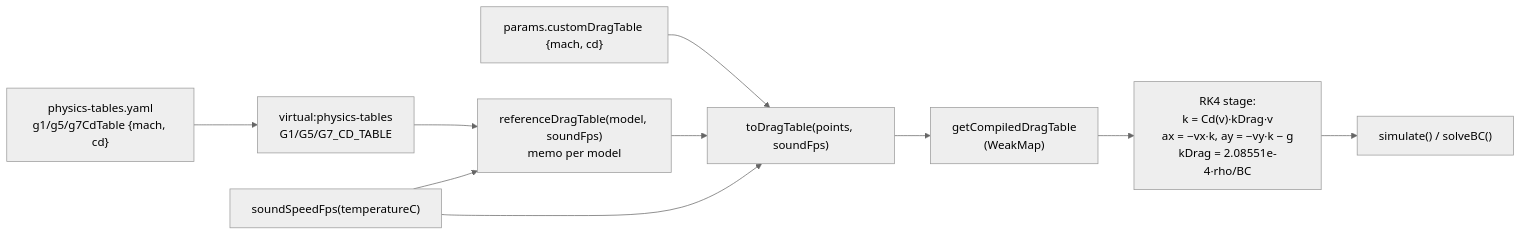
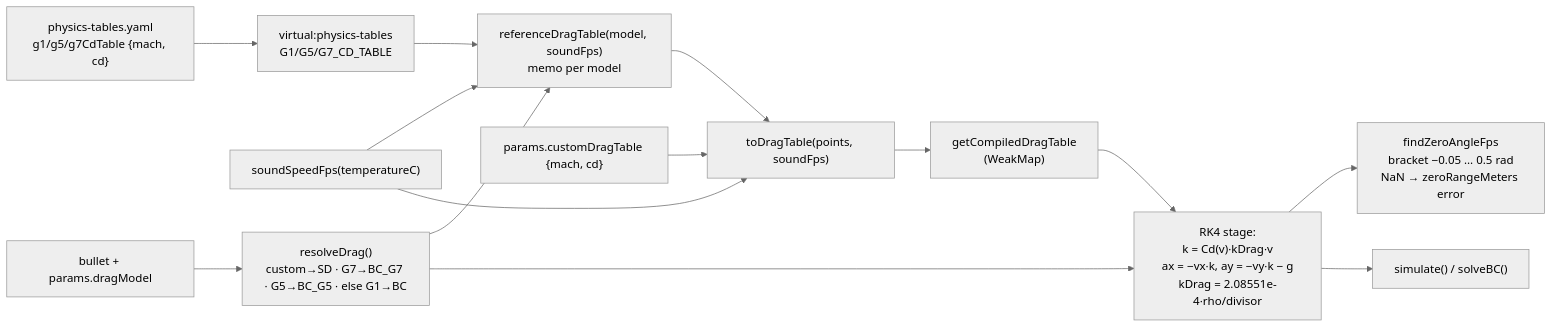
One commit to dirkharrington/ballistics changed the diagram in contracts/engine-drag-calibration.md. Above: the diagram before and after it, drawn with Mermaid (neutral theme). The commit also changed other lines of this file and 3 other files, not shown here.

````diff
--- a/contracts/engine-drag-calibration.md
+++ b/contracts/engine-drag-calibration.md
@@ -211,12 +310,16 @@
 ```mermaid
 flowchart LR
   Y["physics-tables.yaml<br/>g1/g5/g7CdTable {mach, cd}"] --> V["virtual:physics-tables<br/>G1/G5/G7_CD_TABLE"]
   V --> R["referenceDragTable(model, soundFps)<br/>memo per model"]
   C["params.customDragTable {mach, cd}"] --> T["toDragTable(points, soundFps)"]
   R --> T
   S["soundSpeedFps(temperatureC)"] --> R
   S --> T
   T --> K["getCompiledDragTable<br/>(WeakMap)"]
-  K --> RK4["RK4 stage:<br/>k = Cd(v)·kDrag·v<br/>ax = −vx·k, ay = −vy·k − g<br/>kDrag = 2.08551e-4·rho/BC"]
+  B["bullet + params.dragModel"] --> RD["resolveDrag()<br/>custom→SD · G7→BC_G7 · G5→BC_G5 · else G1→BC"]
+  RD --> R
+  RD --> RK4
+  K --> RK4["RK4 stage:<br/>k = Cd(v)·kDrag·v<br/>ax = −vx·k, ay = −vy·k − g<br/>kDrag = 2.08551e-4·rho/divisor"]
+  RK4 --> Z["findZeroAngleFps<br/>bracket −0.05 … 0.5 rad<br/>NaN → zeroRangeMeters error"]
   RK4 --> OUT["simulate() / solveBC()"]
 ```
````
